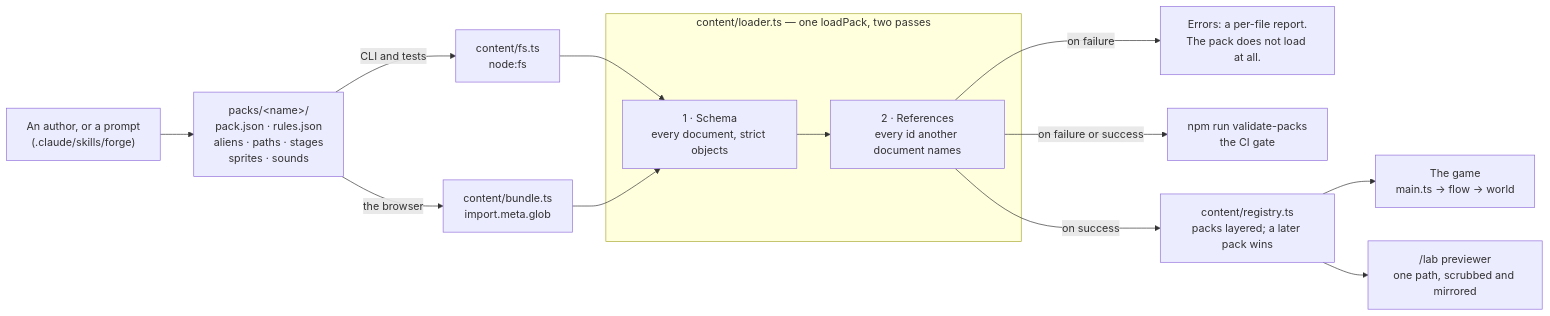
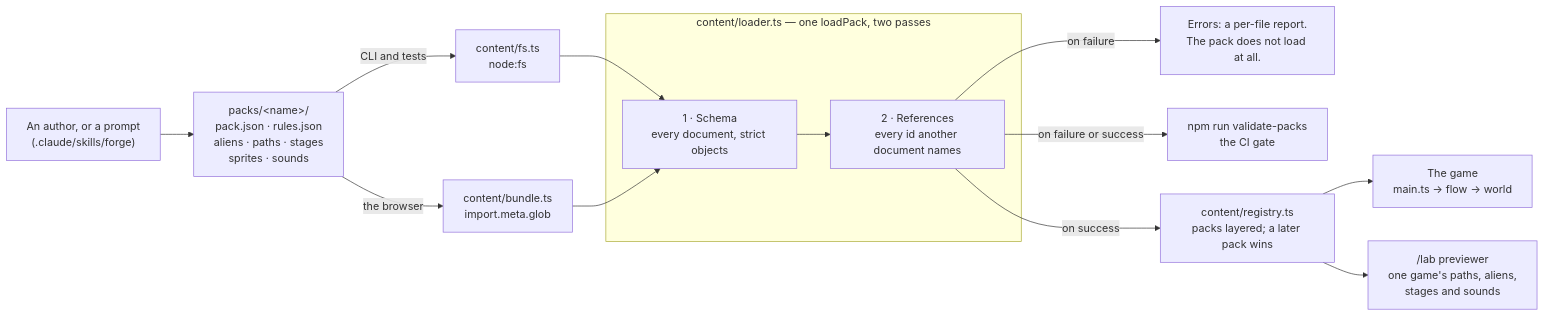
Before and after one commit to sgwoods/star-swarm: the second of 3 diagrams in docs/ARCHITECTURE.md, drawn with Mermaid. The commit also changed other lines of this file and 22 other files, not shown here.

First line of the commit message:
feat: /lab previews aliens, stages and sounds, read from the game — a stage is the game's own run, stepped either way (#63)

````diff
--- a/docs/ARCHITECTURE.md
+++ b/docs/ARCHITECTURE.md
@@ -664,30 +664,30 @@
 ```mermaid
 flowchart LR
     author["An author, or a prompt<br/>(.claude/skills/forge)"]
     docs["packs/&lt;name&gt;/<br/>pack.json · rules.json<br/>aliens · paths · stages<br/>sprites · sounds"]
     fs["content/fs.ts<br/>node:fs"]
     bundle["content/bundle.ts<br/>import.meta.glob"]
 
     subgraph load["content/loader.ts — one loadPack, two passes"]
         pass1["1 · Schema<br/>every document, strict objects"]
         pass2["2 · References<br/>every id another document names"]
     end
 
     err["Errors: a per-file report.<br/>The pack does not load at all."]
     gate["npm run validate-packs<br/>the CI gate"]
     reg["content/registry.ts<br/>packs layered; a later pack wins"]
     game["The game<br/>main.ts → flow → world"]
-    lab["/lab previewer<br/>one path, scrubbed and mirrored"]
+    lab["/lab previewer<br/>one game's paths, aliens,<br/>stages and sounds"]
 
     author --> docs
     docs -- "CLI and tests" --> fs
     docs -- "the browser" --> bundle
     fs --> pass1
     bundle --> pass1
     pass1 --> pass2
     pass2 -- "on failure" --> err
     pass2 -- "on failure or success" --> gate
     pass2 -- "on success" --> reg
     reg --> game
     reg --> lab
 ```
````
